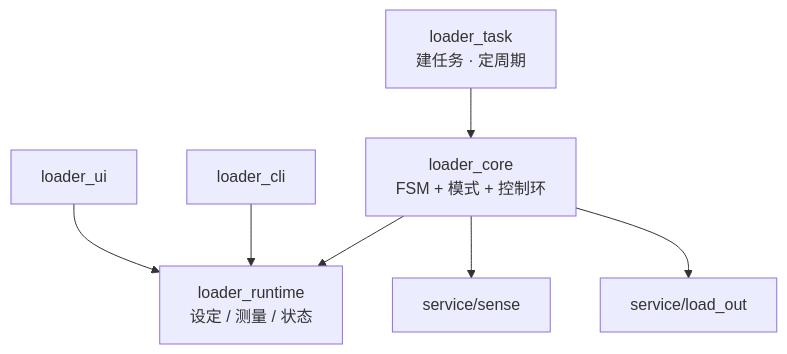
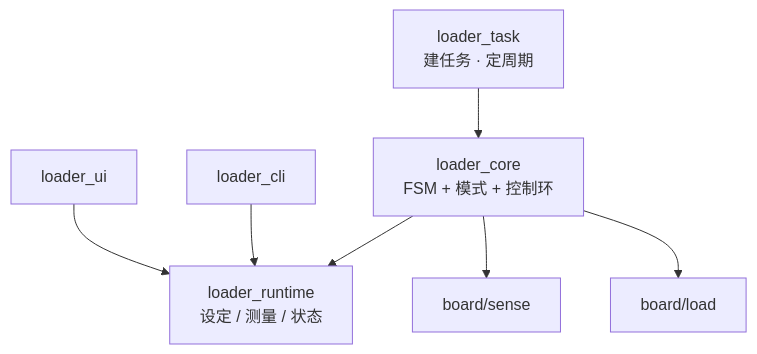
One commit to 4ImL3sSb0T/BaseFramework changed the eighth of 11 diagrams in README.md. Above: the diagram before and after it, drawn with Mermaid. The commit also changed other lines of this file and 291 other files, not shown here.

````diff
--- a/README.md
+++ b/README.md
@@ -220,17 +213,17 @@
 ```mermaid
 flowchart TB
   TASK[loader_task<br/>建任务 · 定周期]
   CORE[loader_core<br/>FSM + 模式 + 控制环]
   RT[loader_runtime<br/>设定 / 测量 / 状态]
   UI[loader_ui]
   CLI[loader_cli]
-  SENSE[service/sense]
-  OUT[service/load_out]
+  SENSE[board/sense]
+  OUT[board/load]
 
   TASK --> CORE
   UI --> RT
   CLI --> RT
   CORE --> RT
   CORE --> SENSE
   CORE --> OUT
 ```
````
